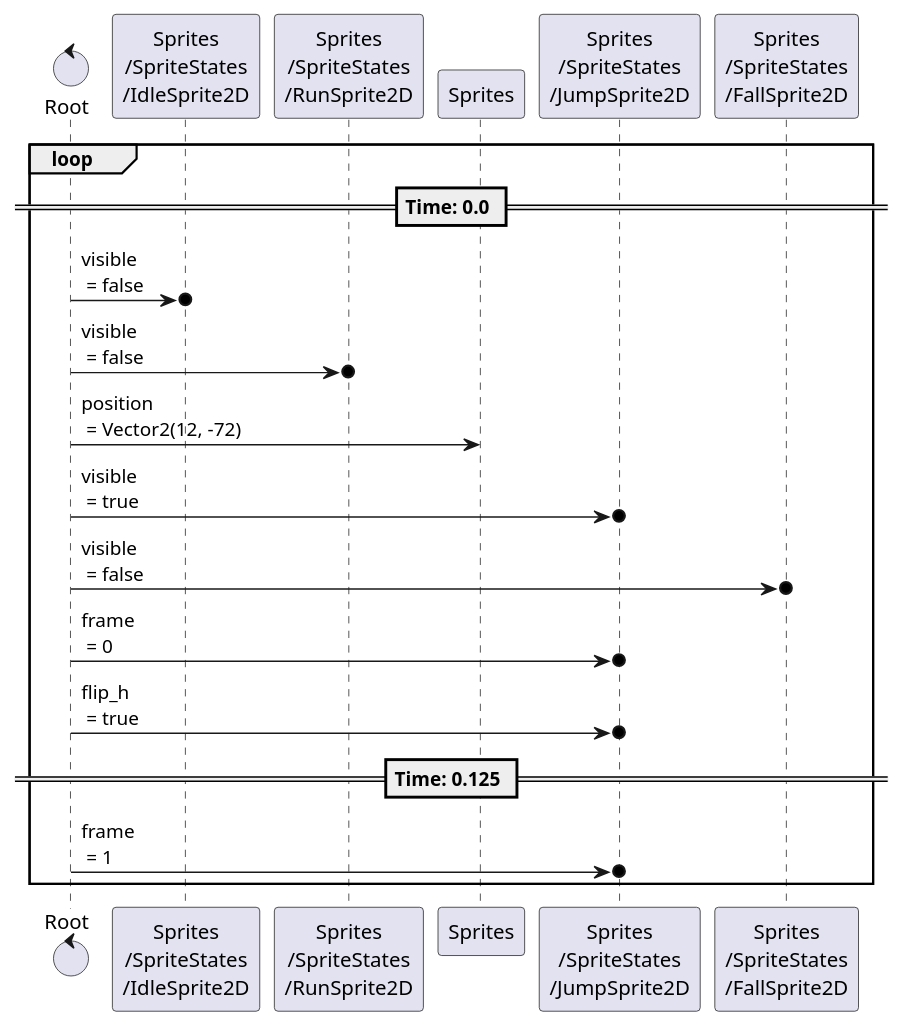
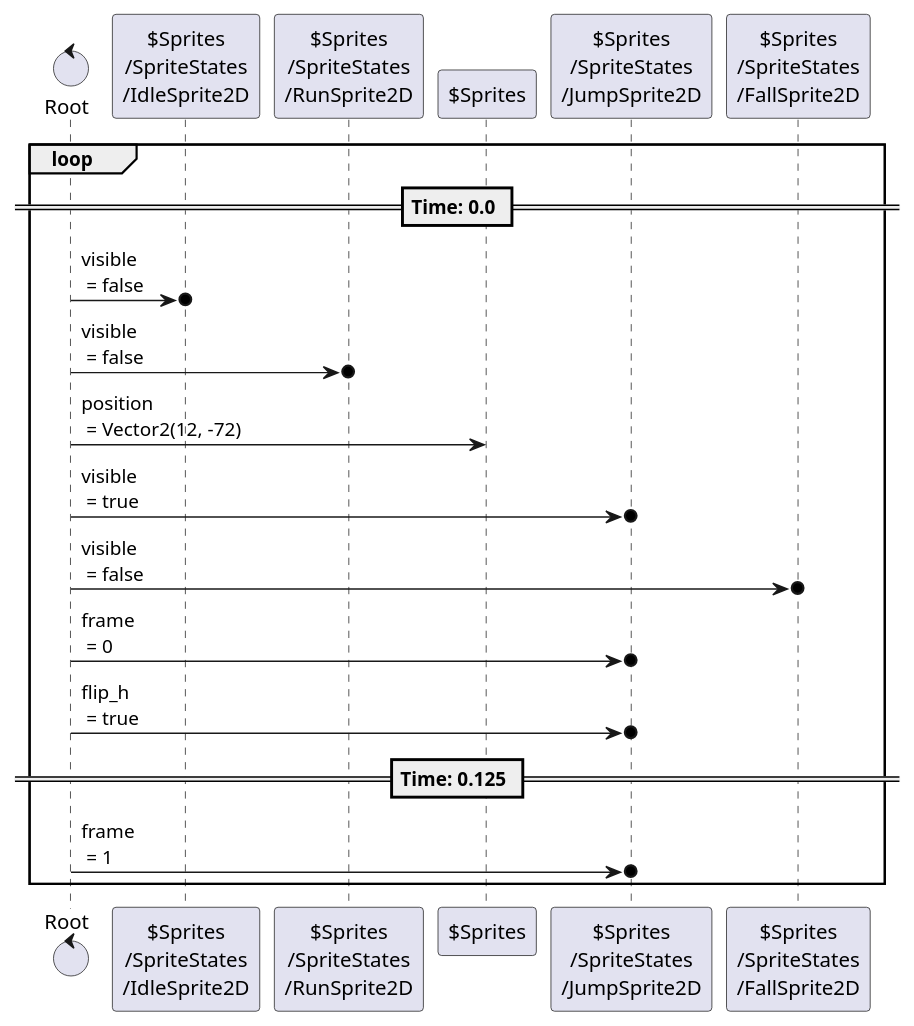
The seventh of 11 diagrams in content/scenes/src/player/player.tscn.adoc (tkmfujise/Platformer-Game-Learning), drawn with PlantUML before and after one commit. The commit also changed other lines of this file and 31 other files, not shown here.

Commit message:
Add prefix $ to node name in animation sequences

```diff
--- a/content/scenes/src/player/player.tscn.adoc
+++ b/content/scenes/src/player/player.tscn.adoc
@@ -430,24 +430,24 @@
 [plantuml]
 ....
-control "Root" as Root
-participant "Sprites\n/SpriteStates\n/IdleSprite2D" as T0
-participant "Sprites\n/SpriteStates\n/RunSprite2D" as T1
-participant "Sprites" as T2
-participant "Sprites\n/SpriteStates\n/JumpSprite2D" as T3
-participant "Sprites\n/SpriteStates\n/FallSprite2D" as T4
+control "Root" as R
+participant "$Sprites\n/SpriteStates\n/IdleSprite2D" as T0
+participant "$Sprites\n/SpriteStates\n/RunSprite2D" as T1
+participant "$Sprites" as T2
+participant "$Sprites\n/SpriteStates\n/JumpSprite2D" as T3
+participant "$Sprites\n/SpriteStates\n/FallSprite2D" as T4
 
 
 loop
 == Time: 0.0 ==
-Root  ->o  T0 : visible\n = false
-Root  ->o  T1 : visible\n = false
-Root  ->  T2 : position\n = Vector2(12, -72)
-Root  ->o  T3 : visible\n = true
-Root  ->o  T4 : visible\n = false
-Root  ->o  T3 : frame\n = 0
-Root  ->o  T3 : flip_h\n = true
+R  ->o  T0 : visible\n = false
+R  ->o  T1 : visible\n = false
+R  ->  T2 : position\n = Vector2(12, -72)
+R  ->o  T3 : visible\n = true
+R  ->o  T4 : visible\n = false
+R  ->o  T3 : frame\n = 0
+R  ->o  T3 : flip_h\n = true
 == Time: 0.125 ==
-Root  ->o  T3 : frame\n = 1
+R  ->o  T3 : frame\n = 1
 
 end
 ....
```
